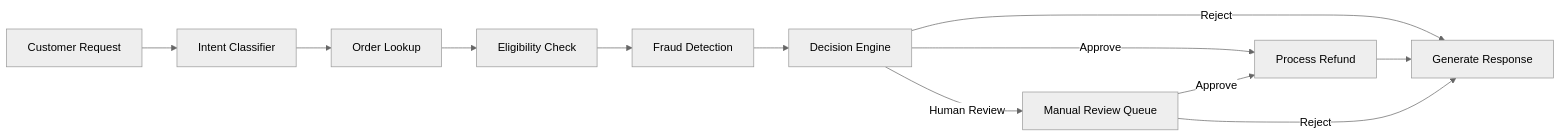
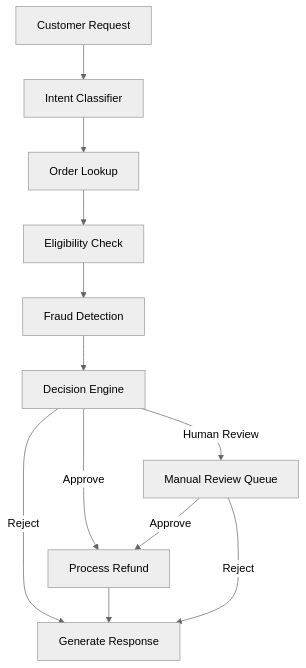
One commit to Rhythamtech/refGuard changed the first of 2 diagrams in ARCHITECTURE.md. Above: the diagram before and after it, drawn with Mermaid (neutral theme). The commit also changed 2 other files, not shown here.

Commit message:
refactor: modularize intent prompt and update architecture diagram orientation

````diff
--- a/ARCHITECTURE.md
+++ b/ARCHITECTURE.md
@@ -66,14 +66,14 @@
 ```mermaid
-flowchart LR
+flowchart TD
     A[Customer Request] --> B[Intent Classifier]
     B --> C[Order Lookup]
     C --> D[Eligibility Check]
     D --> E[Fraud Detection]
     E --> F[Decision Engine]
     F -->|Approve| G[Process Refund]
     F -->|Human Review| H[Manual Review Queue]
     F -->|Reject| I[Generate Response]
     G --> I
     H -->|Approve| G
     H -->|Reject| I
 ```
````
